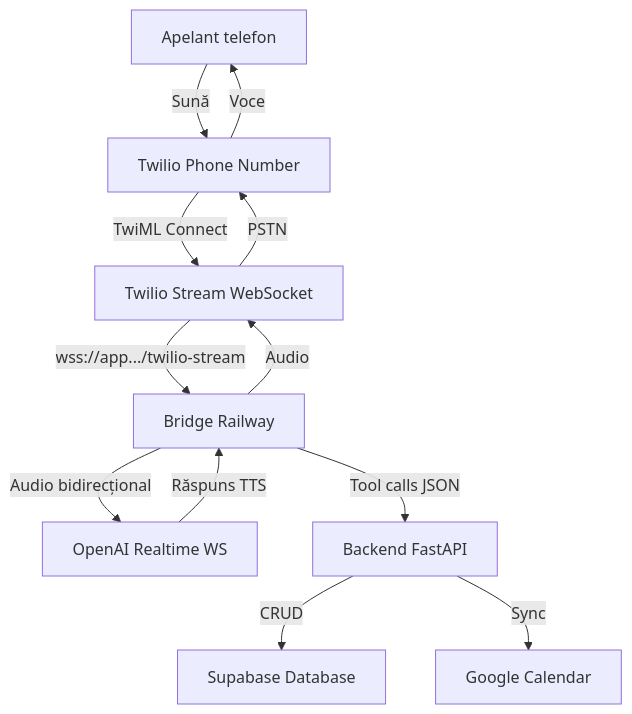
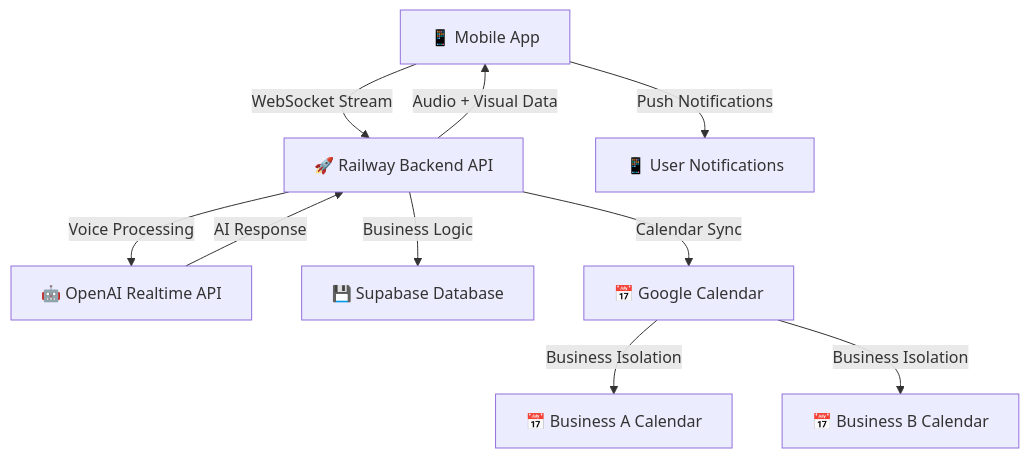
One commit to Cosmln23/voice-booking-app changed the diagram in README.md. Above: the diagram before and after it, drawn with Mermaid. The commit also changed other lines of this file and 23 other files, not shown here.

First line of the commit message:
feat: Implement complete React Native mobile app for voice booking

````diff
--- a/README.md
+++ b/README.md
@@ -39,14 +65,12 @@
 ```mermaid
 graph TD
-    A[Apelant telefon] -->|Sună| B[Twilio Phone Number]
-    B -->|TwiML Connect| C[Twilio Stream WebSocket]
-    C -->|wss://app.../twilio-stream| D[Bridge Railway]
-    D -->|Audio bidirecțional| E[OpenAI Realtime WS]
-    D -->|Tool calls JSON| F[Backend FastAPI]
-    F -->|CRUD| G[Supabase Database]
-    F -->|Sync| H[Google Calendar]
-    E -->|Răspuns TTS| D
-    D -->|Audio| C
-    C -->|PSTN| B
-    B -->|Voce| A
+    A[📱 Mobile App] -->|WebSocket Stream| B[🚀 Railway Backend API]
+    B -->|Voice Processing| C[🤖 OpenAI Realtime API]
+    B -->|Business Logic| D[💾 Supabase Database]
+    B -->|Calendar Sync| E[📅 Google Calendar]
+    C -->|AI Response| B
+    B -->|Audio + Visual Data| A
+    E -->|Business Isolation| F[📅 Business A Calendar]
+    E -->|Business Isolation| G[📅 Business B Calendar]
+    A -->|Push Notifications| H[📱 User Notifications]
 ```
````
